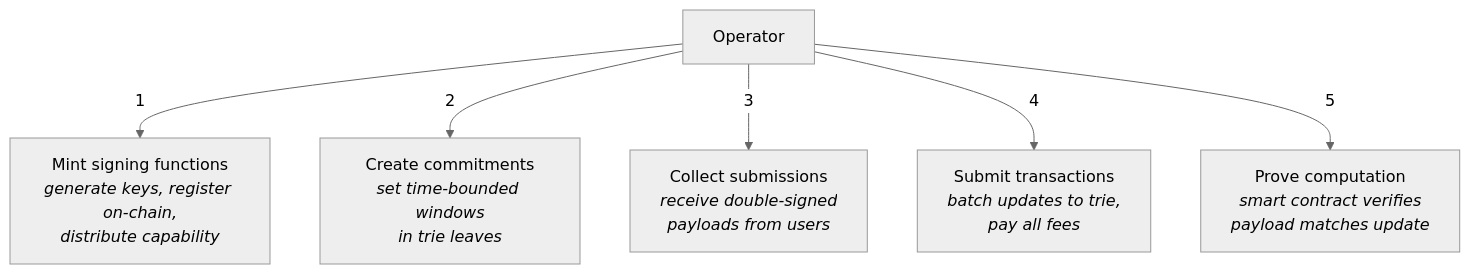
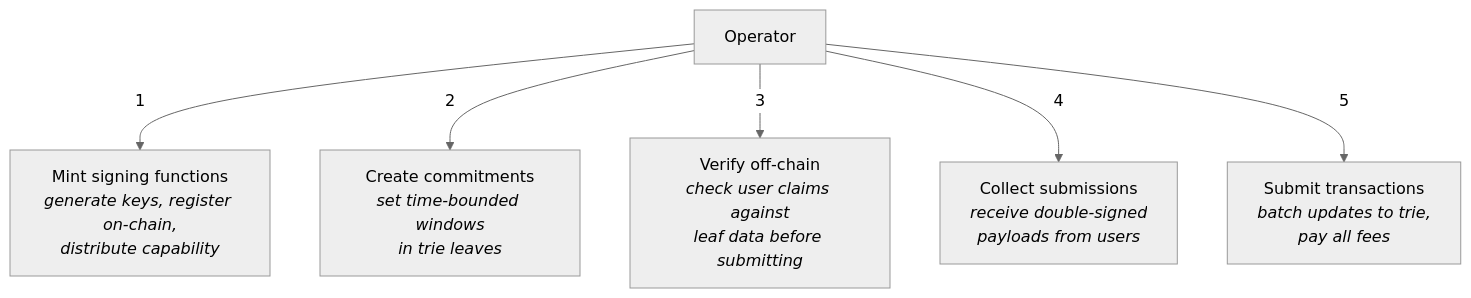
One commit to lambdasistemi/cardano-for-regulators changed the eighth of 20 diagrams in docs/framework/schema.md. Above: the diagram before and after it, drawn with Mermaid (neutral theme). The commit also changed other lines of this file and 8 other files, not shown here.

First line of the commit message:
Fix mermaid HTML labels and deploy on every push (#5)

````diff
--- a/docs/framework/schema.md
+++ b/docs/framework/schema.md
@@ -207,8 +353,8 @@
 ```mermaid
 graph TD
     OP[Operator] -->|1| MK[Mint signing functions<br/><i>generate keys, register on-chain,<br/>distribute capability</i>]
     OP -->|2| CC[Create commitments<br/><i>set time-bounded windows<br/>in trie leaves</i>]
-    OP -->|3| CS[Collect submissions<br/><i>receive double-signed<br/>payloads from users</i>]
-    OP -->|4| ST[Submit transactions<br/><i>batch updates to trie,<br/>pay all fees</i>]
-    OP -->|5| PC[Prove computation<br/><i>smart contract verifies<br/>payload matches update</i>]
+    OP -->|3| VF[Verify off-chain<br/><i>check user claims against<br/>leaf data before submitting</i>]
+    OP -->|4| CS[Collect submissions<br/><i>receive double-signed<br/>payloads from users</i>]
+    OP -->|5| ST[Submit transactions<br/><i>batch updates to trie,<br/>pay all fees</i>]
 ```
````
